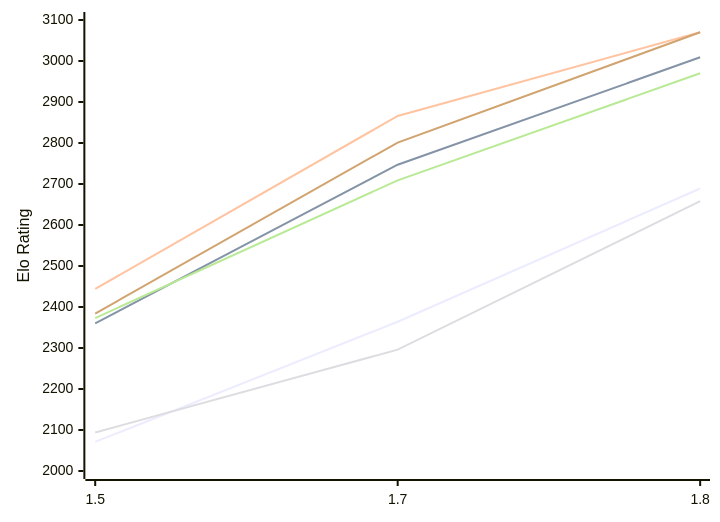
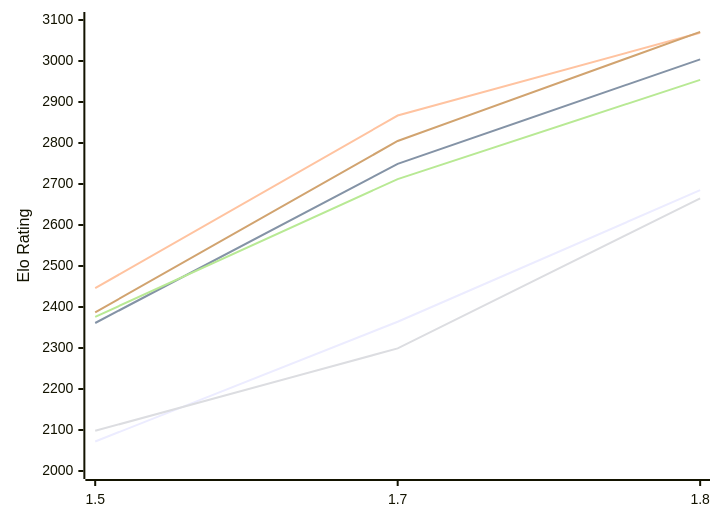
Before and after one commit to computer-chess-index/cci: the first of 2 diagrams in engines/Facon.md, drawn with Mermaid. The commit also changed other lines of this file, not shown here.

Commit message:
Update CCI Ratings (ELO VLTC) - 2026-11-24

````diff
--- a/engines/Facon.md
+++ b/engines/Facon.md
@@ -54,12 +54,12 @@
 ```mermaid
 %%{init: {"theme":"base","themeVariables":{"seriesColors:['#a3a3a3','#222221','#faa371']}}}%%
 xychart-beta
   x-axis ["1.5", "1.7", "1.8"]
   y-axis "Elo Rating" 2000 --> 3100
-  line "E1: STC (8.0+0.08s)" [2071, 2364, 2689]
-  line "E1: LTC (60.0+0.60s)" [2360, 2747, 3009]
-  line "E1: VLTC (2m24s+1.12s)" [2444, 2866, 3070]
-  line "P1: STC (8.0+0.08s)" [2094, 2296, 2658]
-  line "P1: LTC (60.0+0.60s)" [2373, 2709, 2970]
-  line "P1: VLTC (2m24s+1.12s)" [2384, 2801, 3070]
+  line "E1: STC (8.0+0.08s)" [2072, 2364, 2685]
+  line "E1: LTC (60.0+0.60s)" [2361, 2749, 3004]
+  line "E1: VLTC (2m24s+1.12s)" [2446, 2867, 3069]
+  line "P1: STC (8.0+0.08s)" [2098, 2299, 2665]
+  line "P1: LTC (60.0+0.60s)" [2376, 2712, 2954]
+  line "P1: VLTC (2m24s+1.12s)" [2387, 2805, 3071]
 ```
````
